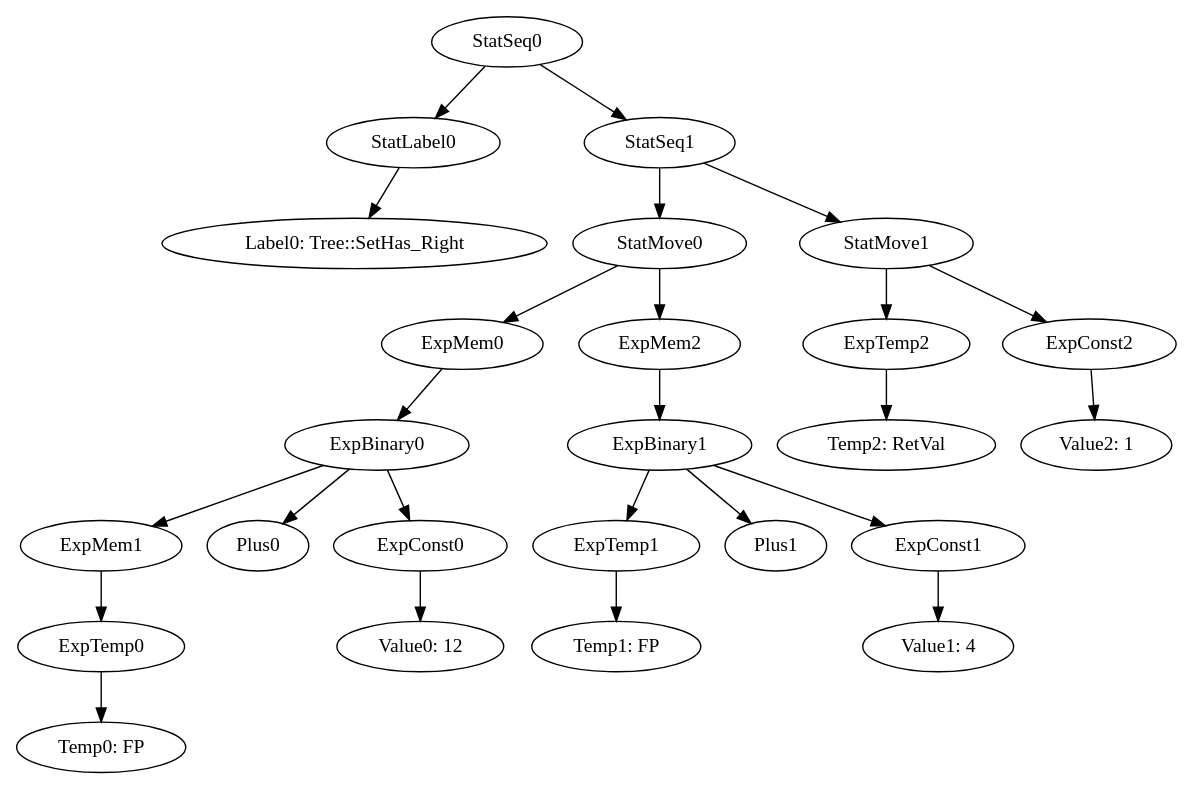
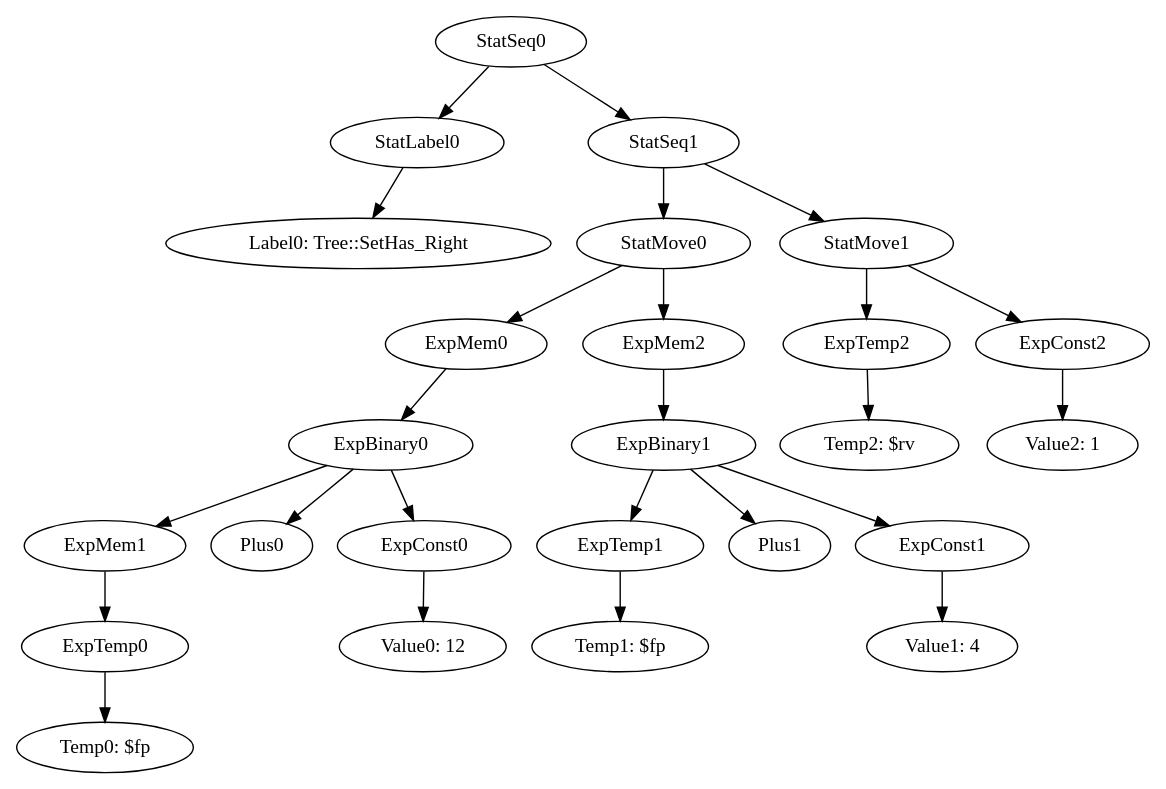
The diagram in MiniJava/results/SamplesCorrect/BinaryTree/irtCanon_Tree::SetHas_Right.gv (team-compilers/compilers), drawn with Graphviz before and after one commit. The commit also changed 340 other files, not shown here.

```diff
--- a/MiniJava/results/SamplesCorrect/BinaryTree/irtCanon_Tree::SetHas_Right.gv
+++ b/MiniJava/results/SamplesCorrect/BinaryTree/irtCanon_Tree::SetHas_Right.gv
@@ -1,27 +1,27 @@
 digraph {
 	ordering = out;
 	ExpConst2 -> "Value2: 1";
-	ExpTemp2 -> "Temp2: RetVal";
+	ExpTemp2 -> "Temp2: $rv";
 	StatSeq1 -> StatMove0;
 	StatSeq1 -> StatMove1;
 	StatMove1 -> ExpTemp2;
 	StatMove1 -> ExpConst2;
 	ExpConst1 -> "Value1: 4";
 	ExpMem2 -> ExpBinary1;
-	ExpTemp0 -> "Temp0: FP";
+	ExpTemp0 -> "Temp0: $fp";
 	StatSeq0 -> StatLabel0;
 	StatSeq0 -> StatSeq1;
 	StatLabel0 -> "Label0: Tree::SetHas_Right";
 	ExpMem1 -> ExpTemp0;
 	ExpConst0 -> "Value0: 12";
 	ExpBinary0 -> ExpMem1;
 	ExpBinary0 -> Plus0;
 	ExpBinary0 -> ExpConst0;
 	StatMove0 -> ExpMem0;
 	StatMove0 -> ExpMem2;
-	ExpTemp1 -> "Temp1: FP";
+	ExpTemp1 -> "Temp1: $fp";
 	ExpMem0 -> ExpBinary0;
 	ExpBinary1 -> ExpTemp1;
 	ExpBinary1 -> Plus1;
 	ExpBinary1 -> ExpConst1;
 }
```
